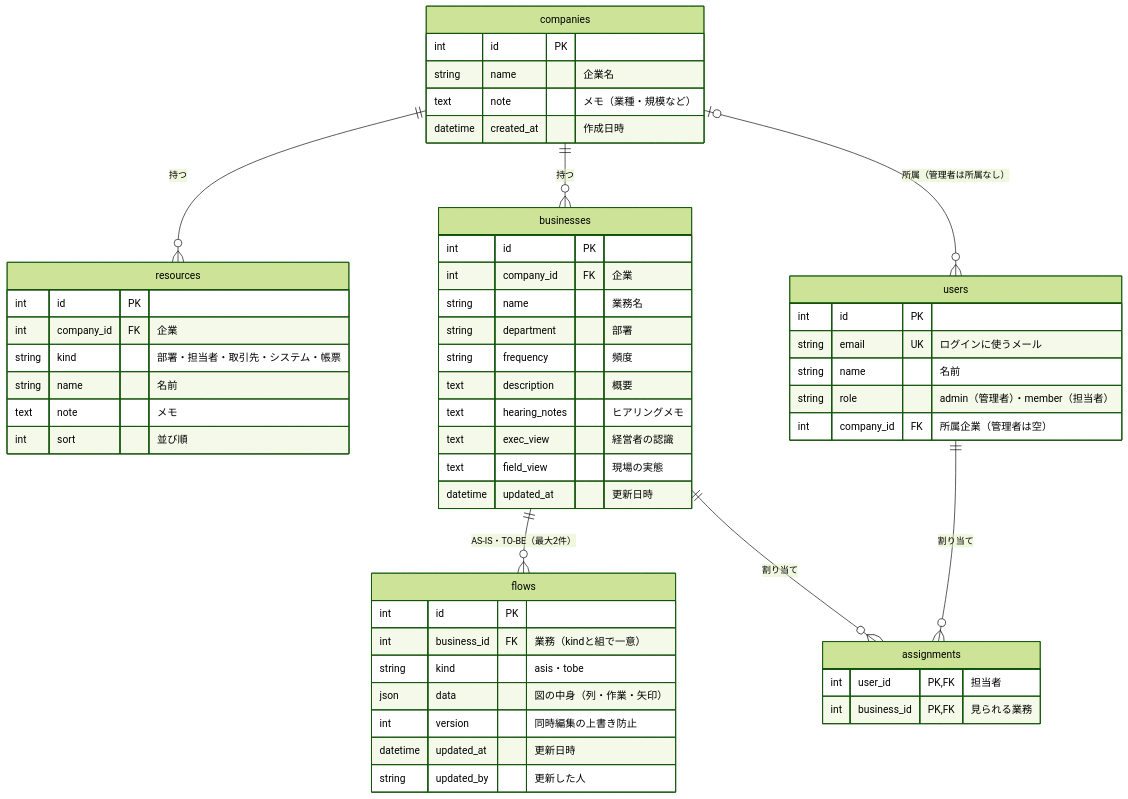
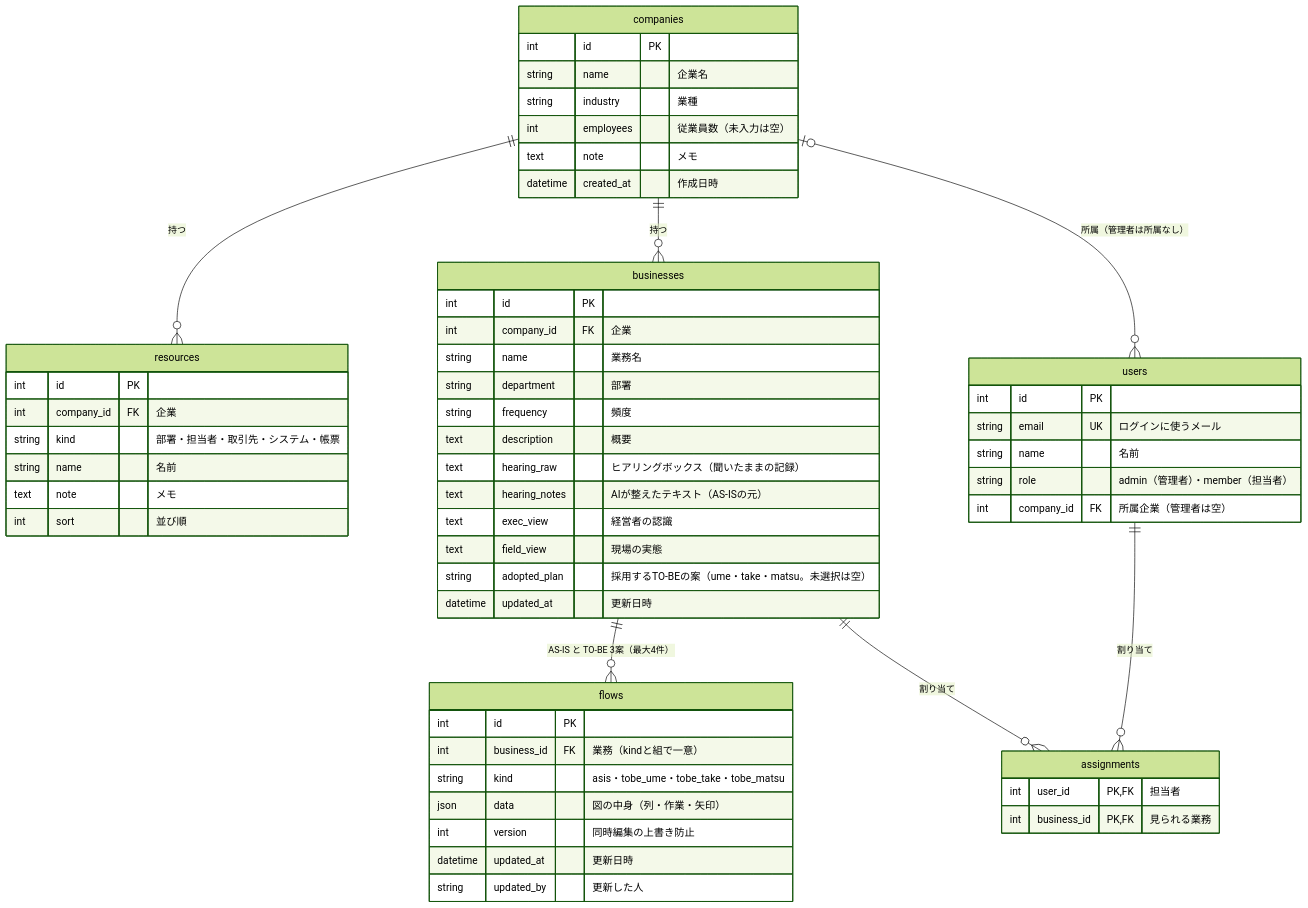
Before and after one commit to massuikeda/zero-4-app: the diagram in docs/ER.md, drawn with Mermaid (forest theme). The commit also changed other lines of this file and 16 other files, not shown here.

````diff
--- a/docs/ER.md
+++ b/docs/ER.md
@@ -5,56 +5,60 @@
 ```mermaid
 erDiagram
     companies ||--o{ resources : "持つ"
     companies ||--o{ businesses : "持つ"
     companies |o--o{ users : "所属（管理者は所属なし）"
-    businesses ||--o{ flows : "AS-IS・TO-BE（最大2件）"
+    businesses ||--o{ flows : "AS-IS と TO-BE 3案（最大4件）"
     businesses ||--o{ assignments : "割り当て"
     users ||--o{ assignments : "割り当て"
 
     companies {
         int id PK
         string name "企業名"
-        text note "メモ（業種・規模など）"
+        string industry "業種"
+        int employees "従業員数（未入力は空）"
+        text note "メモ"
         datetime created_at "作成日時"
     }
     resources {
         int id PK
         int company_id FK "企業"
         string kind "部署・担当者・取引先・システム・帳票"
         string name "名前"
         text note "メモ"
         int sort "並び順"
     }
     users {
         int id PK
         string email UK "ログインに使うメール"
         string name "名前"
         string role "admin（管理者）・member（担当者）"
         int company_id FK "所属企業（管理者は空）"
     }
     businesses {
         int id PK
         int company_id FK "企業"
         string name "業務名"
         string department "部署"
         string frequency "頻度"
         text description "概要"
-        text hearing_notes "ヒアリングメモ"
+        text hearing_raw "ヒアリングボックス（聞いたままの記録）"
+        text hearing_notes "AIが整えたテキスト（AS-ISの元）"
         text exec_view "経営者の認識"
         text field_view "現場の実態"
+        string adopted_plan "採用するTO-BEの案（ume・take・matsu。未選択は空）"
         datetime updated_at "更新日時"
     }
     flows {
         int id PK
         int business_id FK "業務（kindと組で一意）"
-        string kind "asis・tobe"
+        string kind "asis・tobe_ume・tobe_take・tobe_matsu"
         json data "図の中身（列・作業・矢印）"
         int version "同時編集の上書き防止"
         datetime updated_at "更新日時"
         string updated_by "更新した人"
     }
     assignments {
         int user_id PK,FK "担当者"
         int business_id PK,FK "見られる業務"
     }
 ```
````
